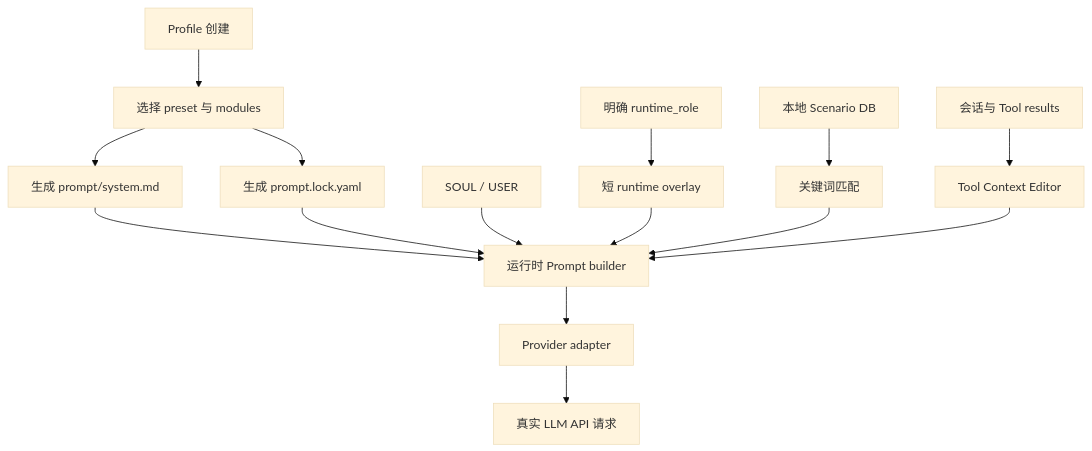
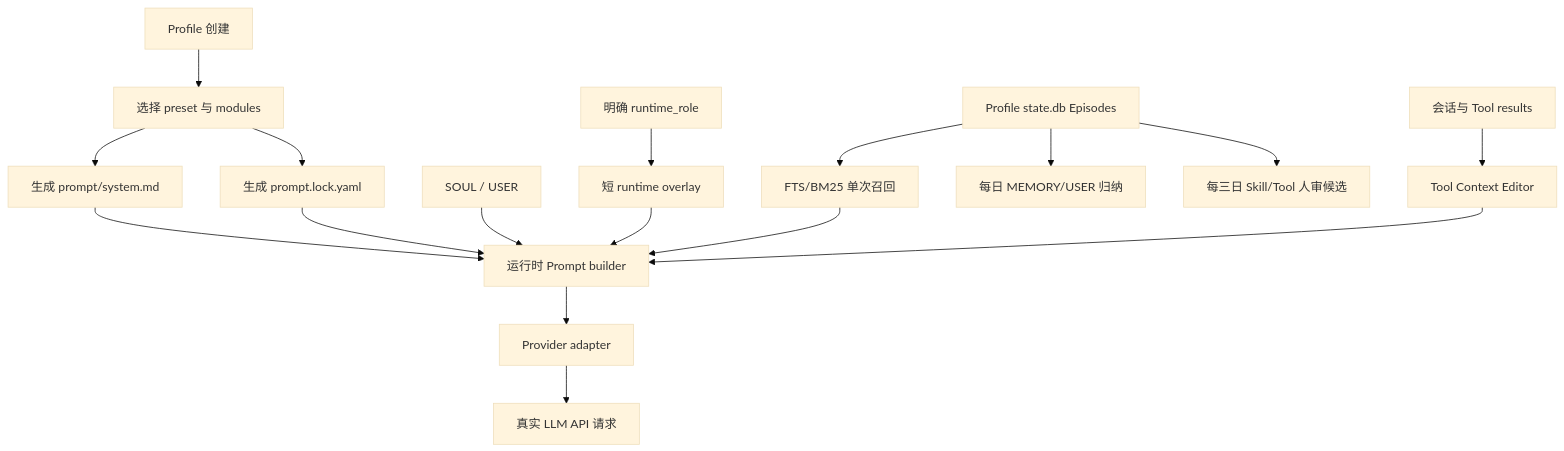
One commit to ump45nose/hermes-agent changed the diagram in docs/design/prompt-context-governance-prd.md. Above: the diagram before and after it, drawn with Mermaid (base theme). The commit also changed other lines of this file and 23 other files, not shown here.

````diff
--- a/docs/design/prompt-context-governance-prd.md
+++ b/docs/design/prompt-context-governance-prd.md
@@ -549,17 +559,19 @@
 ```mermaid
 flowchart TD
     A["Profile 创建"] --> B["选择 preset 与 modules"]
     B --> C["生成 prompt/system.md"]
     B --> D["生成 prompt.lock.yaml"]
     C --> E["运行时 Prompt builder"]
     D --> E
     F["SOUL / USER"] --> E
     G["明确 runtime_role"] --> H["短 runtime overlay"]
     H --> E
-    I["本地 Scenario DB"] --> J["关键词匹配"]
+    I["Profile state.db Episodes"] --> J["FTS/BM25 单次召回"]
     J --> E
+    I --> O["每日 MEMORY/USER 归纳"]
+    I --> P["每三日 Skill/Tool 人审候选"]
     K["会话与 Tool results"] --> L["Tool Context Editor"]
     L --> E
     E --> M["Provider adapter"]
     M --> N["真实 LLM API 请求"]
 ```
````
